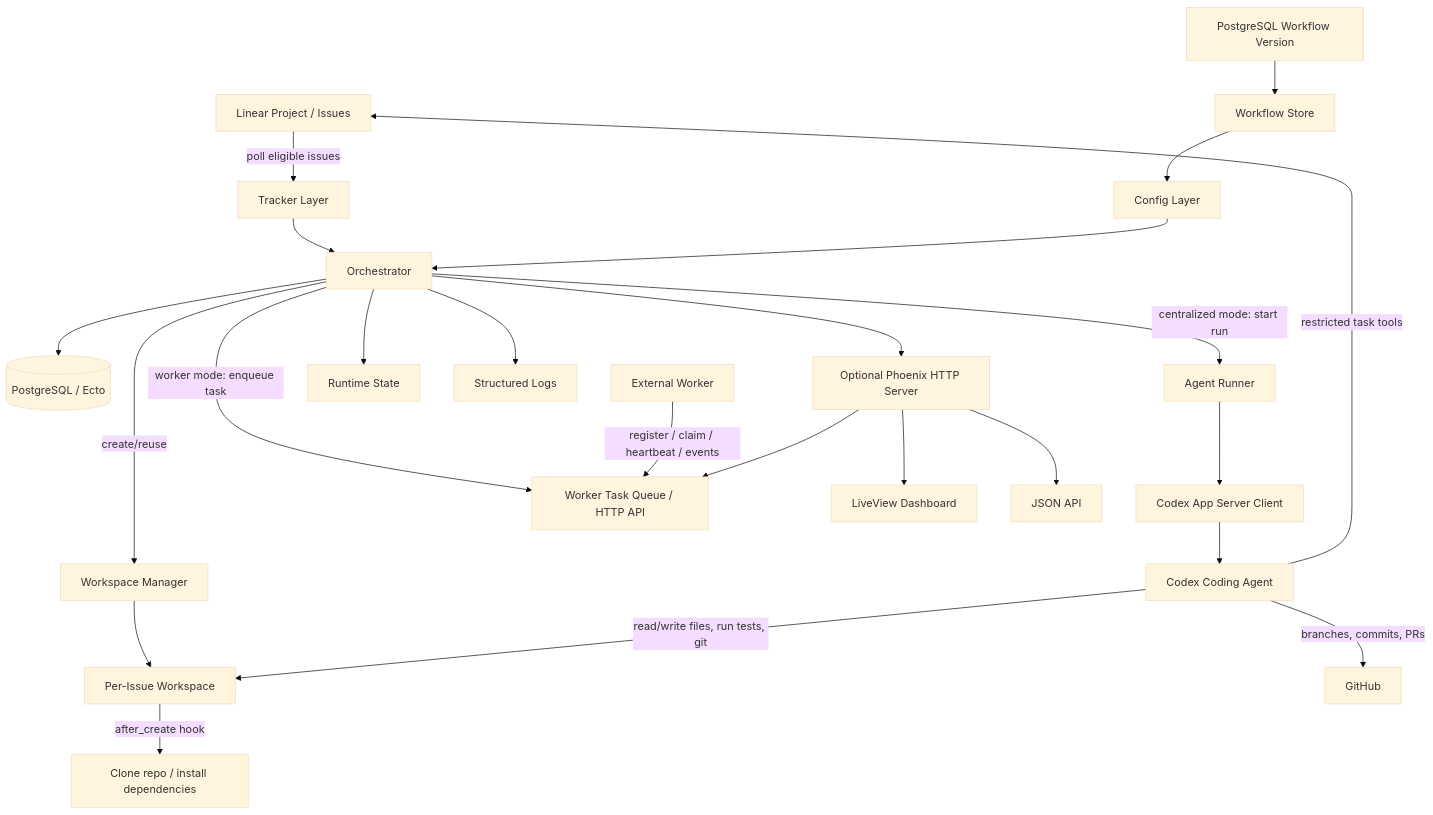
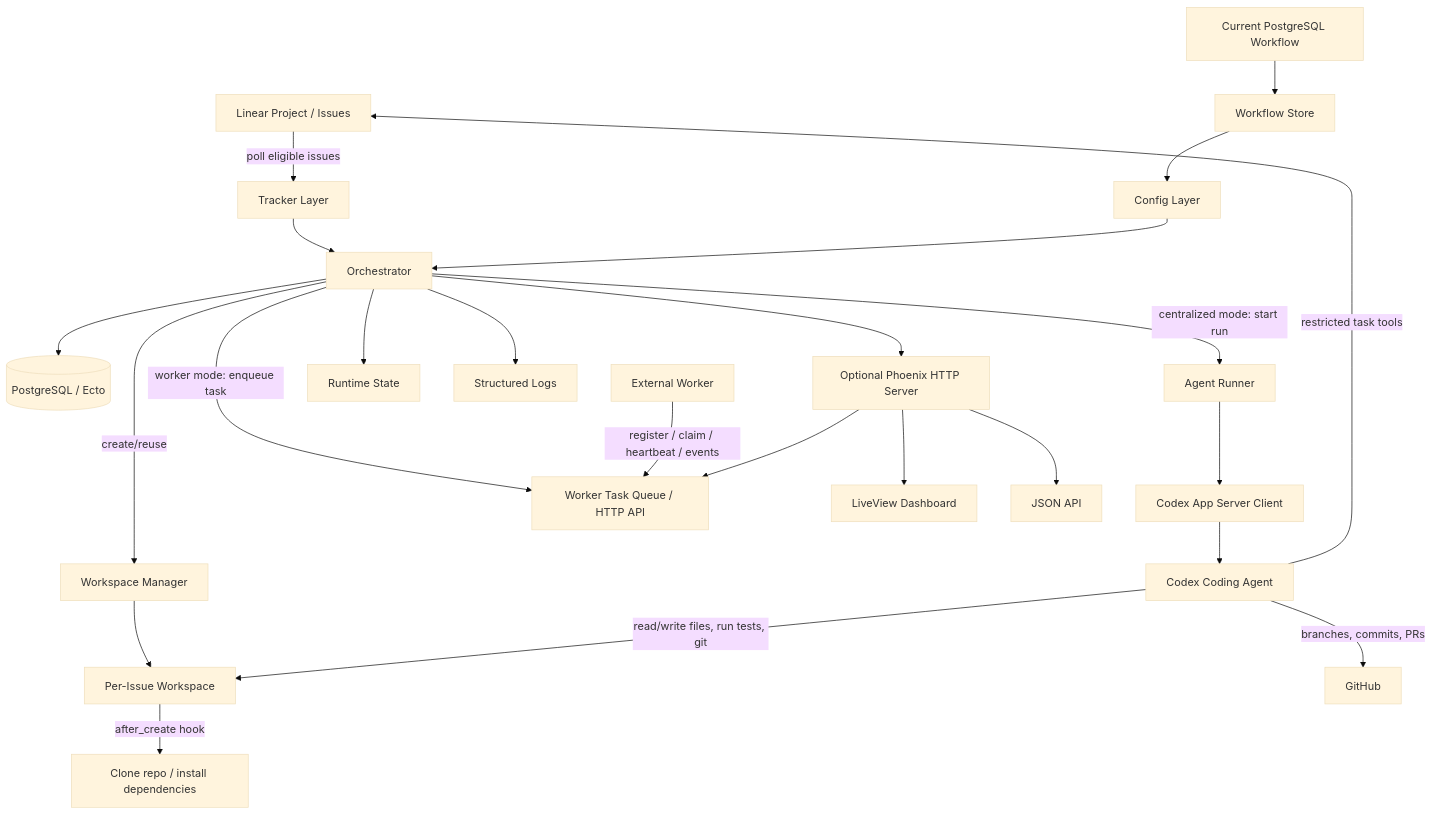
Before and after one commit to VikingMew/symphony: the first of 2 diagrams in docs/ARCHITECTURE.md, drawn with Mermaid (base theme). The commit also changed other lines of this file and 68 other files, not shown here.

````diff
--- a/docs/ARCHITECTURE.md
+++ b/docs/ARCHITECTURE.md
@@ -51,31 +51,31 @@
 ```mermaid
 flowchart TD
     linear[Linear Project / Issues] -->|poll eligible issues| tracker[Tracker Layer]
     tracker --> orchestrator[Orchestrator]
 
-    workflow[PostgreSQL Workflow Version] --> loader[Workflow Store]
+    workflow[Current PostgreSQL Workflow] --> loader[Workflow Store]
     loader --> config[Config Layer]
     config --> orchestrator
     orchestrator --> postgres[(PostgreSQL / Ecto)]
 
     orchestrator -->|create/reuse| workspace[Workspace Manager]
     workspace --> issuews[Per-Issue Workspace]
     issuews -->|after_create hook| bootstrap[Clone repo / install dependencies]
 
     orchestrator -->|centralized mode: start run| runner[Agent Runner]
     runner --> appserver[Codex App Server Client]
     appserver --> codex[Codex Coding Agent]
     orchestrator -->|worker mode: enqueue task| workerapi[Worker Task Queue / HTTP API]
     extworker[External Worker] -->|register / claim / heartbeat / events| workerapi
 
     codex -->|read/write files, run tests, git| issuews
     codex -->|restricted task tools| linear
     codex -->|branches, commits, PRs| github[GitHub]
 
     orchestrator --> state[Runtime State]
     orchestrator --> logs[Structured Logs]
     orchestrator --> http[Optional Phoenix HTTP Server]
     http --> dashboard[LiveView Dashboard]
     http --> api[JSON API]
     http --> workerapi
 ```
````
